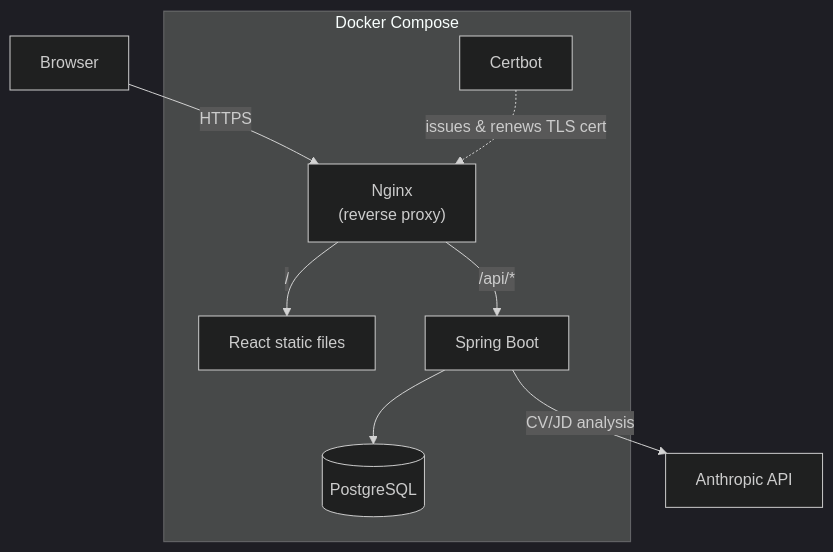
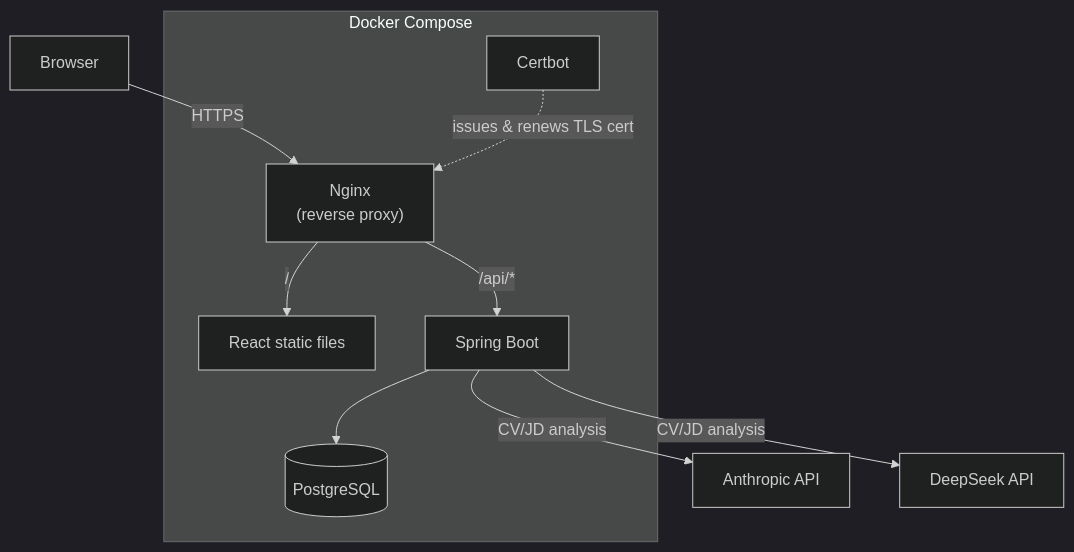
The diagram in README.md (jiangyue95/job-comparer), drawn with Mermaid (dark theme) before and after one commit. The commit also changed other lines of this file, not shown here.

First line of the commit message:
docs: cover asynchronous analysis and multi-provider support

````diff
--- a/README.md
+++ b/README.md
@@ -55,17 +62,18 @@
 ```mermaid
 graph TD
     Browser["Browser"] -->|HTTPS| Nginx["Nginx<br/>(reverse proxy)"]
-    Nginx -->|"/"| React["React static files"]
-    Nginx -->|"/api/*"| Backend["Spring Boot"]
+    Nginx -->|" / "| React["React static files"]
+    Nginx -->|" /api/* "| Backend["Spring Boot"]
     Backend --> DB[("PostgreSQL")]
     Backend -->|CV/JD analysis| AI["Anthropic API"]
+    Backend -->|CV/JD analysis| DS["DeepSeek API"]
     Certbot["Certbot"] -.->|issues & renews TLS cert| Nginx
 
     subgraph docker["Docker Compose"]
         Nginx
         React
         Backend
         DB
         Certbot
     end
 ```
````
